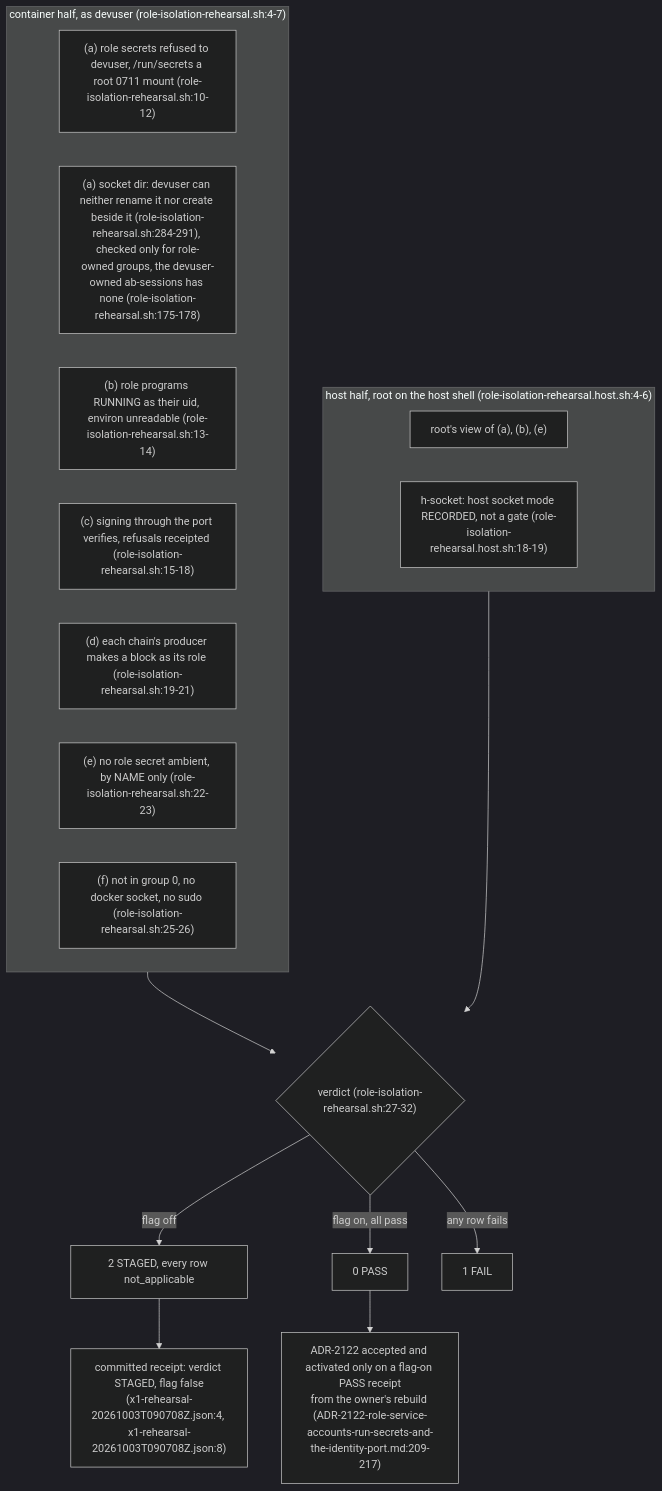
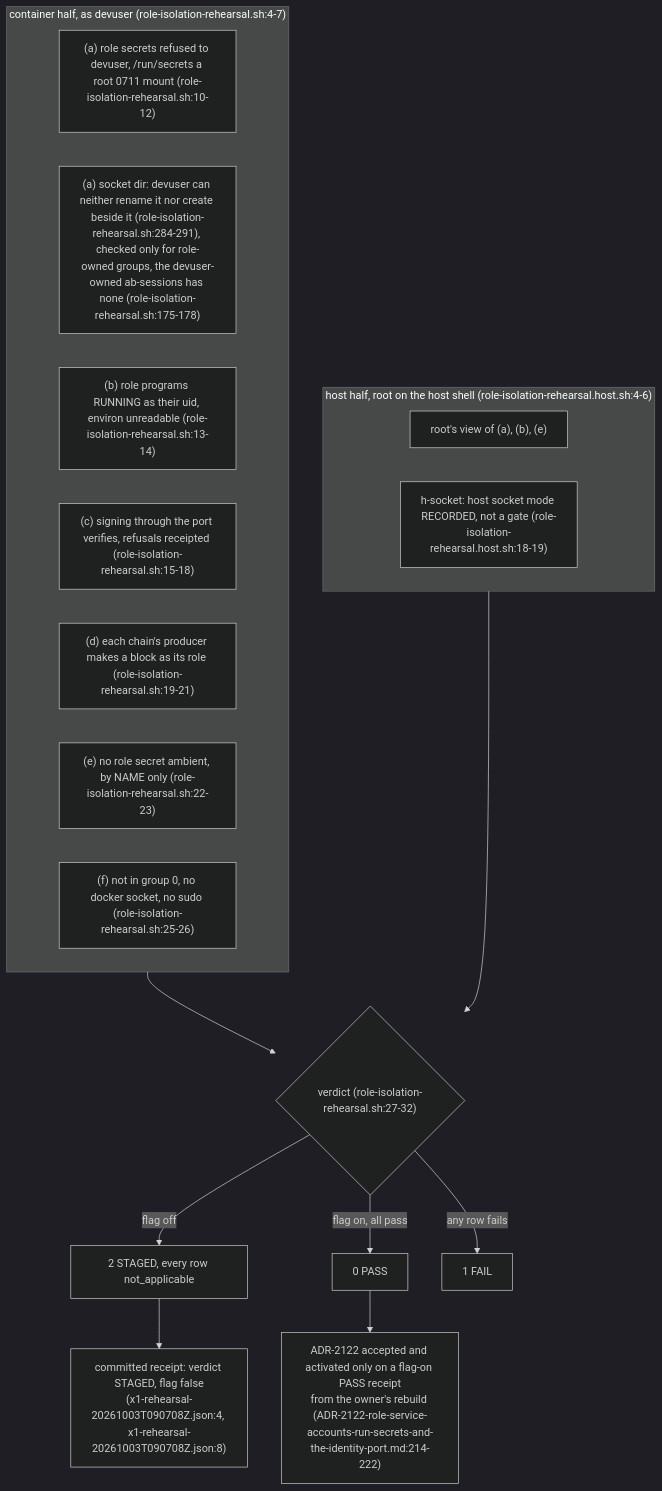
The seventh of 7 diagrams in docs/diagrams/agentbox/36-role-isolation-and-identity-port.md (DreamLab-AI/VisionFlow), drawn with Mermaid (dark theme) before and after one commit. The commit also changed other lines of this file and 12 other files, not shown here.

````diff
--- a/docs/diagrams/agentbox/36-role-isolation-and-identity-port.md
+++ b/docs/diagrams/agentbox/36-role-isolation-and-identity-port.md
@@ -250,24 +250,24 @@
 ```mermaid
 flowchart TB
     subgraph IN["container half, as devuser (role-isolation-rehearsal.sh:4-7)"]
         A["(a) role secrets refused to devuser, /run/secrets a root 0711 mount (role-isolation-rehearsal.sh:10-12)"]
         A2["(a) socket dir: devuser can neither rename it nor create beside it (role-isolation-rehearsal.sh:284-291), checked only for role-owned groups, the devuser-owned ab-sessions has none (role-isolation-rehearsal.sh:175-178)"]
         B["(b) role programs RUNNING as their uid, environ unreadable (role-isolation-rehearsal.sh:13-14)"]
         C["(c) signing through the port verifies, refusals receipted (role-isolation-rehearsal.sh:15-18)"]
         D["(d) each chain's producer makes a block as its role (role-isolation-rehearsal.sh:19-21)"]
         E["(e) no role secret ambient, by NAME only (role-isolation-rehearsal.sh:22-23)"]
         F["(f) not in group 0, no docker socket, no sudo (role-isolation-rehearsal.sh:25-26)"]
     end
     subgraph HOST["host half, root on the host shell (role-isolation-rehearsal.host.sh:4-6)"]
         H1["root's view of (a), (b), (e)"]
         H2["h-socket: host socket mode RECORDED, not a gate (role-isolation-rehearsal.host.sh:18-19)"]
     end
     V{"verdict (role-isolation-rehearsal.sh:27-32)"}
     IN --> V
     HOST --> V
     V -->|"flag off"| ST["2 STAGED, every row not_applicable"]
     V -->|"flag on, all pass"| PA["0 PASS"]
     V -->|"any row fails"| FA["1 FAIL"]
     ST --> REC["committed receipt: verdict STAGED, flag false<br/>(x1-rehearsal-20261003T090708Z.json:4, x1-rehearsal-20261003T090708Z.json:8)"]
-    PA --> ACC["ADR-2122 accepted and activated only on a flag-on PASS receipt<br/>from the owner's rebuild (ADR-2122-role-service-accounts-run-secrets-and-the-identity-port.md:209-217)"]
+    PA --> ACC["ADR-2122 accepted and activated only on a flag-on PASS receipt<br/>from the owner's rebuild (ADR-2122-role-service-accounts-run-secrets-and-the-identity-port.md:214-222)"]
 ```
````
